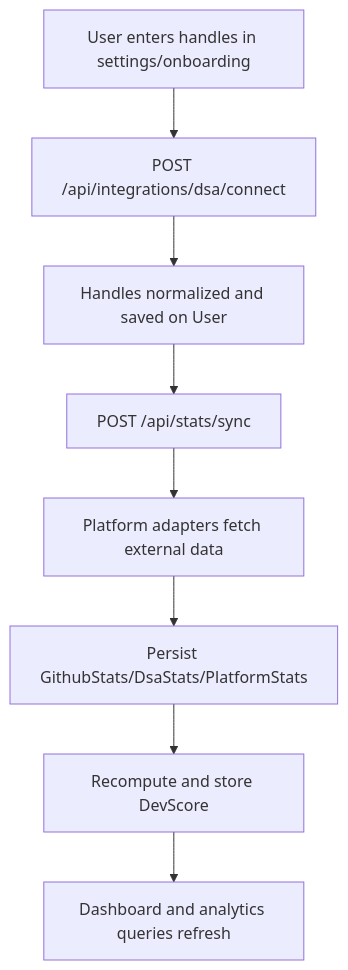
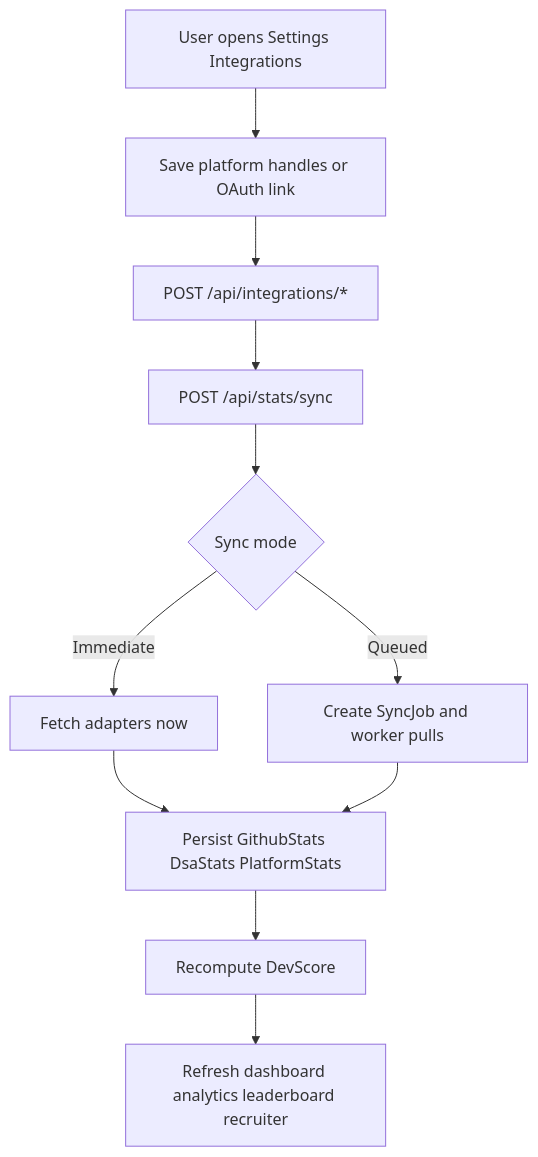
The third of 9 diagrams in documentation/WORKFLOW.md (SubhashKumar14/DevFolio-App), drawn with Mermaid before and after one commit. The commit also changed other lines of this file and 22 other files, not shown here.

Commit message:
docs: add theoretical foundations to diagram-first documentation

````diff
--- a/documentation/WORKFLOW.md
+++ b/documentation/WORKFLOW.md
@@ -48,10 +48,13 @@
 ```mermaid
 flowchart TD
-  S1[User enters handles in settings/onboarding] --> S2[POST /api/integrations/dsa/connect]
-  S2 --> S3[Handles normalized and saved on User]
-  S3 --> S4[POST /api/stats/sync]
-  S4 --> S5[Platform adapters fetch external data]
-  S5 --> S6[Persist GithubStats/DsaStats/PlatformStats]
-  S6 --> S7[Recompute and store DevScore]
-  S7 --> S8[Dashboard and analytics queries refresh]
+  A[User opens Settings Integrations] --> B[Save platform handles or OAuth link]
+  B --> C[POST /api/integrations/*]
+  C --> D[POST /api/stats/sync]
+  D --> E{Sync mode}
+  E -->|Immediate| F[Fetch adapters now]
+  E -->|Queued| G[Create SyncJob and worker pulls]
+  F --> H[Persist GithubStats DsaStats PlatformStats]
+  G --> H
+  H --> I[Recompute DevScore]
+  I --> J[Refresh dashboard analytics leaderboard recruiter]
 ```
````
